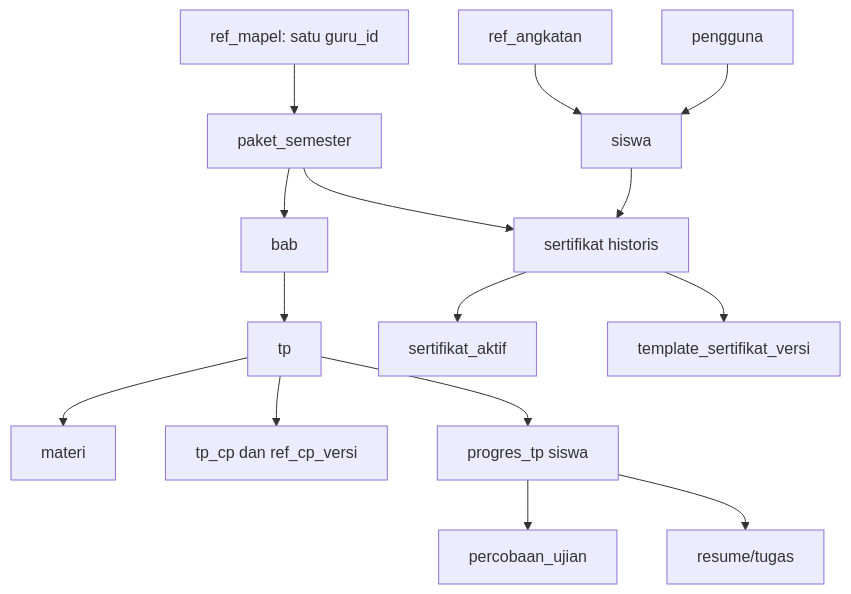
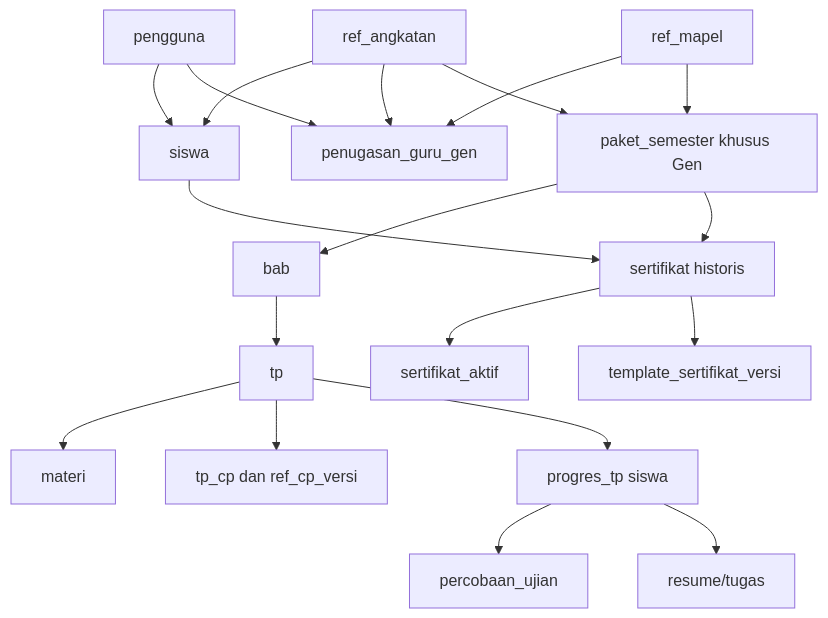
Before and after one commit to Al-Faroz/SLA-SKS: the diagram in docs/10-DATABASE.md, drawn with Mermaid. The commit also changed other lines of this file and 20 other files, not shown here.

Commit message:
docs(v2.3): tegaskan guru per Gen, paket independen, akun dan perombakan UI

````diff
--- a/docs/10-DATABASE.md
+++ b/docs/10-DATABASE.md
@@ -26,17 +26,21 @@
 ```mermaid
 flowchart TD
  U[pengguna] --> S[siswa]
  A[ref_angkatan] --> S
- M[ref_mapel: satu guru_id] --> P[paket_semester]
+ A --> G[penugasan_guru_gen]
+ M[ref_mapel] --> G
+ U --> G
+ A --> P[paket_semester khusus Gen]
+ M --> P
  P --> B[bab]
  B --> TP[tp]
  TP --> MT[materi]
  TP --> CP[tp_cp dan ref_cp_versi]
  TP --> PR[progres_tp siswa]
  PR --> EX[percobaan_ujian]
  PR --> RS[resume/tugas]
  S --> CER[sertifikat historis]
  P --> CER
  CER --> ACT[sertifikat_aktif]
  CER --> V[template_sertifikat_versi]
 ```
````
